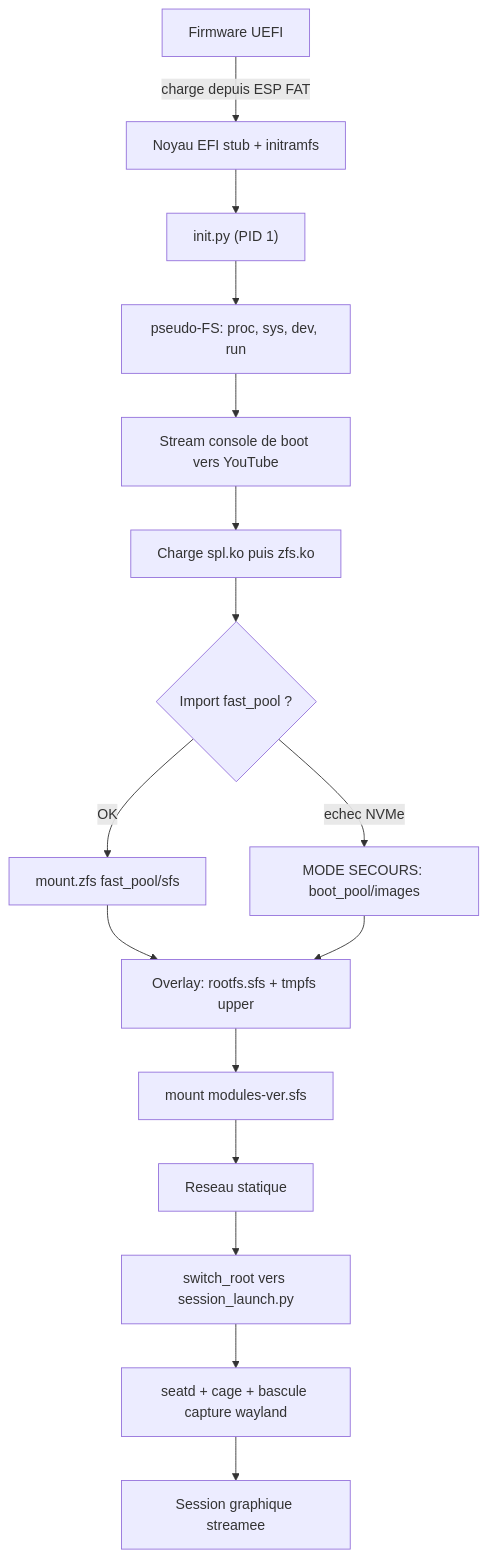
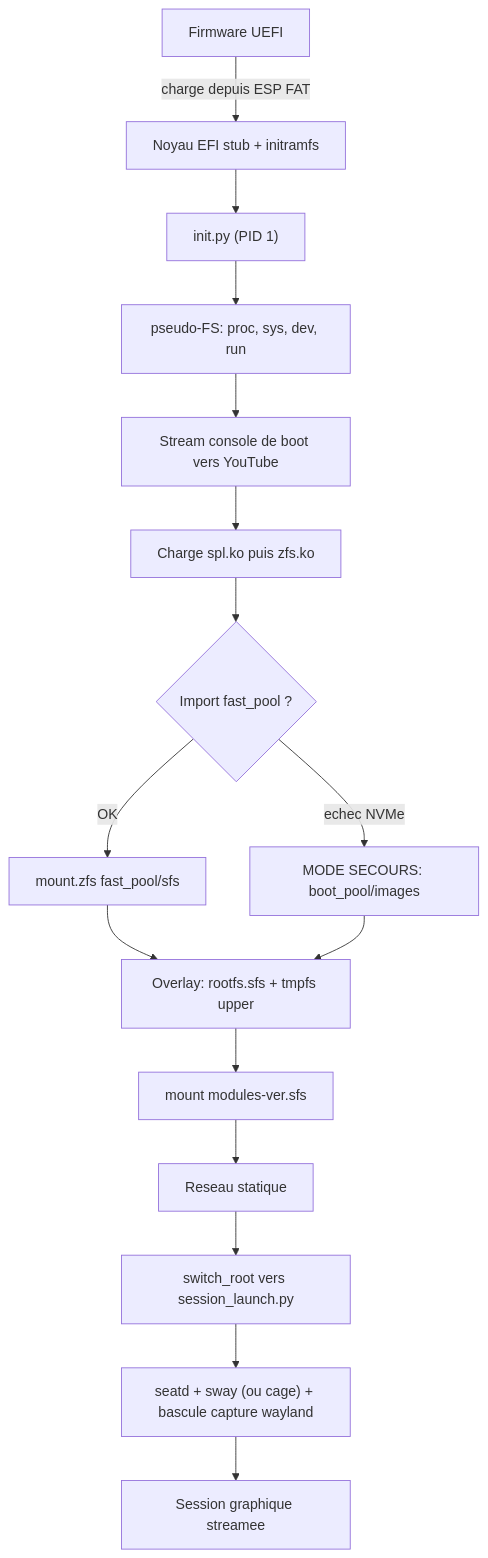
Before and after one commit to newicody/fsdeploytest: the first of 3 diagrams in README.md, drawn with Mermaid. The commit also changed other lines of this file, not shown here.

````diff
--- a/README.md
+++ b/README.md
@@ -26,18 +26,18 @@
 ```mermaid
 flowchart TD
     A["Firmware UEFI"] -->|"charge depuis ESP FAT"| B["Noyau EFI stub + initramfs"]
     B --> C["init.py (PID 1)"]
     C --> D["pseudo-FS: proc, sys, dev, run"]
     D --> E["Stream console de boot vers YouTube"]
     E --> F["Charge spl.ko puis zfs.ko"]
     F --> G{"Import fast_pool ?"}
     G -->|"OK"| H["mount.zfs fast_pool/sfs"]
     G -->|"echec NVMe"| R["MODE SECOURS: boot_pool/images"]
     H --> I["Overlay: rootfs.sfs + tmpfs upper"]
     R --> I
     I --> J["mount modules-ver.sfs"]
     J --> K["Reseau statique"]
     K --> L["switch_root vers session_launch.py"]
-    L --> M["seatd + cage + bascule capture wayland"]
+    L --> M["seatd + sway (ou cage) + bascule capture wayland"]
     M --> N["Session graphique streamee"]
 ```
````
